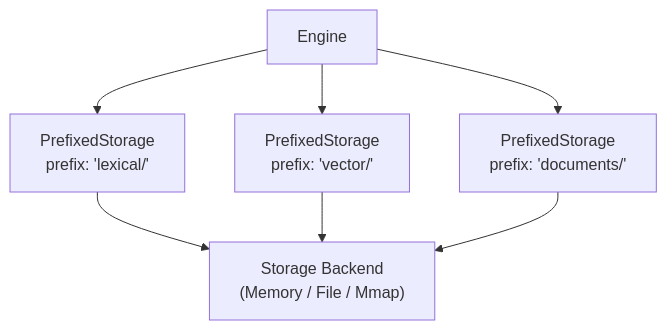
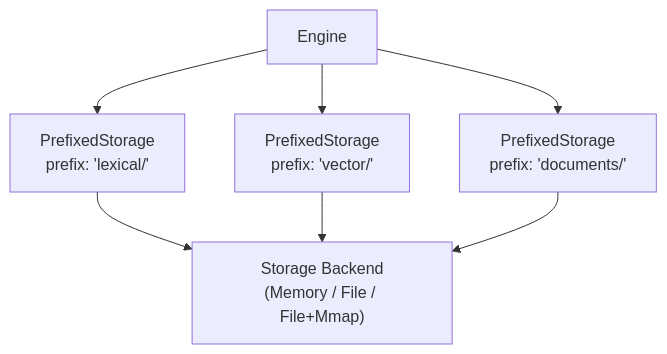
Before and after one commit to mosuka/iris: the sixth of 7 diagrams in docs/src/architecture.md, drawn with Mermaid. The commit also changed other lines of this file and 15 other files, not shown here.

````diff
--- a/docs/src/architecture.md
+++ b/docs/src/architecture.md
@@ -178,10 +178,10 @@
 ```mermaid
 graph TB
     Engine --> PS1["PrefixedStorage\nprefix: 'lexical/'"]
     Engine --> PS2["PrefixedStorage\nprefix: 'vector/'"]
     Engine --> PS3["PrefixedStorage\nprefix: 'documents/'"]
 
-    PS1 --> S["Storage Backend\n(Memory / File / Mmap)"]
+    PS1 --> S["Storage Backend\n(Memory / File / File+Mmap)"]
     PS2 --> S
     PS3 --> S
 ```
````
